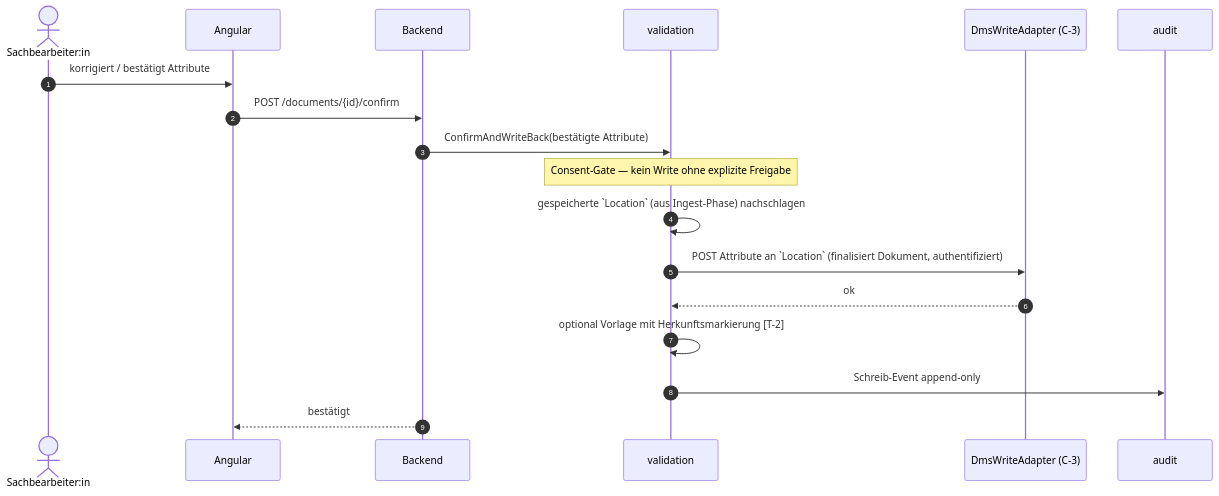
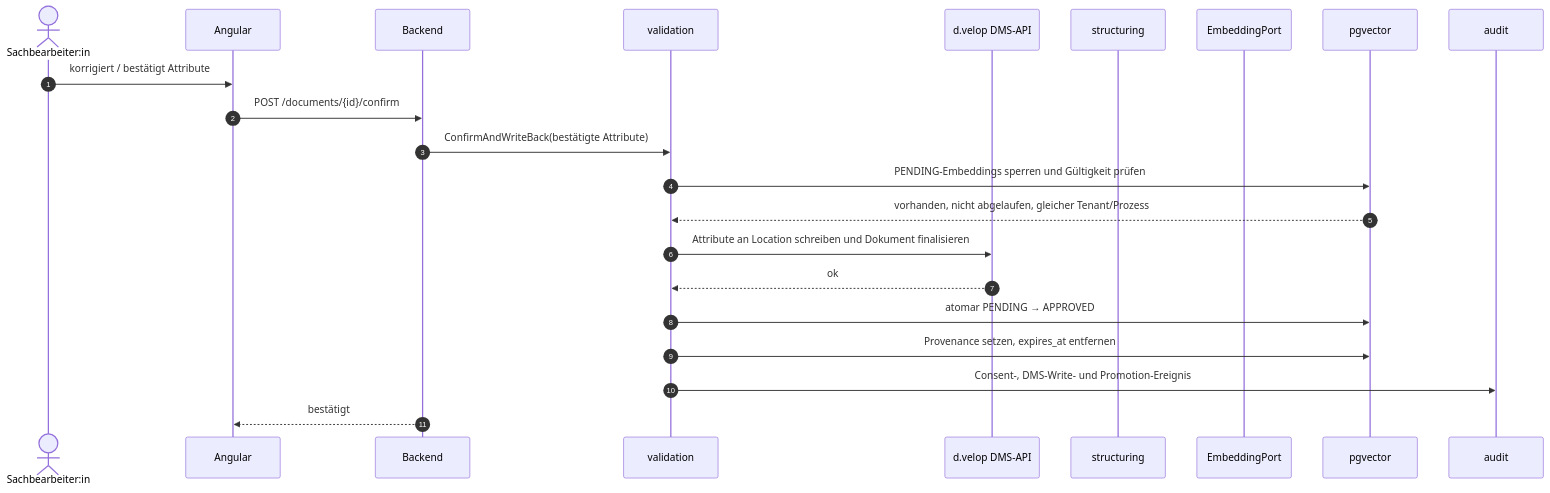
One commit to segjo/docextract changed the fourth of 7 diagrams in doc/ARCHITECTURE.md. Above: the diagram before and after it, drawn with Mermaid. The commit also changed other lines of this file and 1 other file, not shown here.

First line of the commit message:
doc: Enhance specification for document processing and embedding management

````diff
--- a/doc/ARCHITECTURE.md
+++ b/doc/ARCHITECTURE.md
@@ -250,21 +298,25 @@
 ```mermaid
 sequenceDiagram
     autonumber
     actor SB as Sachbearbeiter:in
     participant FE as Angular
     participant API as Backend
     participant VAL as validation
-    participant DMS as DmsWriteAdapter (C-3)
+    participant DMS as d.velop DMS-API
+    participant STR as structuring
+    participant EMB as EmbeddingPort
+    participant VDB as pgvector
     participant AUD as audit
 
     SB->>FE: korrigiert / bestätigt Attribute
     FE->>API: POST /documents/{id}/confirm
     API->>VAL: ConfirmAndWriteBack(bestätigte Attribute)
-    Note over VAL: Consent-Gate — kein Write ohne explizite Freigabe
-    VAL->>VAL: gespeicherte `Location` (aus Ingest-Phase) nachschlagen
-    VAL->>DMS: POST Attribute an `Location` (finalisiert Dokument, authentifiziert)
+    VAL->>VDB: PENDING-Embeddings sperren und Gültigkeit prüfen
+    VDB-->>VAL: vorhanden, nicht abgelaufen, gleicher Tenant/Prozess
+    VAL->>DMS: Attribute an Location schreiben und Dokument finalisieren
     DMS-->>VAL: ok
-    VAL->>VAL: optional Vorlage mit Herkunftsmarkierung [T-2]
-    VAL->>AUD: Schreib-Event append-only
+    VAL->>VDB: atomar PENDING → APPROVED
+    VAL->>VDB: Provenance setzen, expires_at entfernen
+    VAL->>AUD: Consent-, DMS-Write- und Promotion-Ereignis
     API-->>FE: bestätigt
 ```
````
